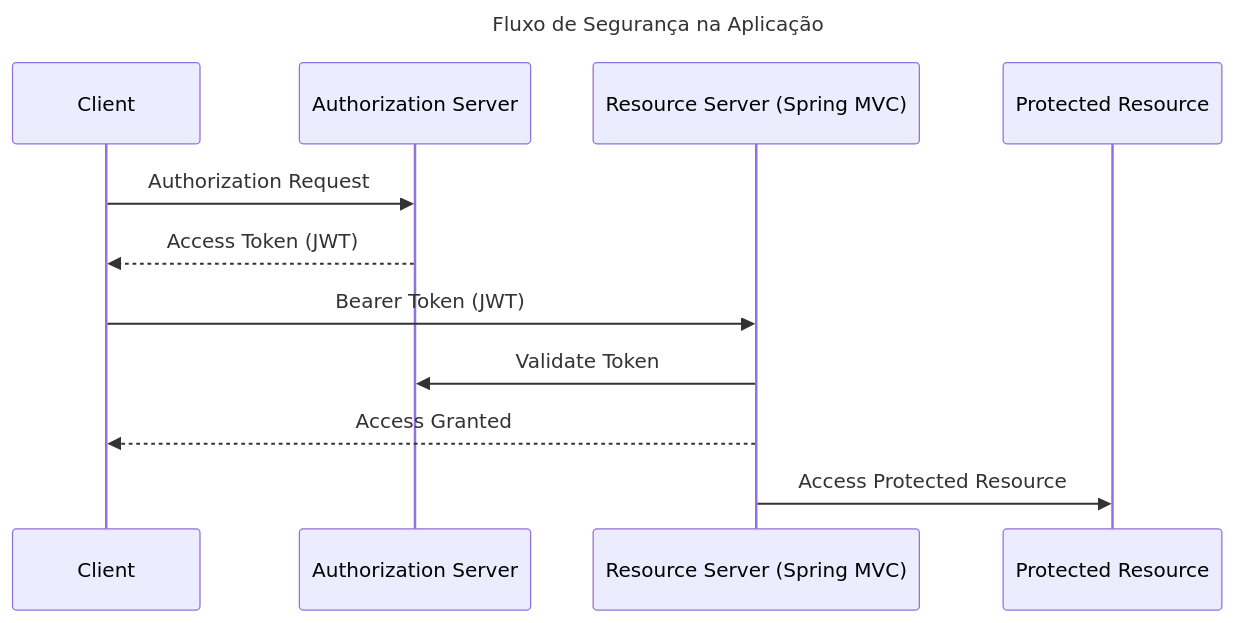
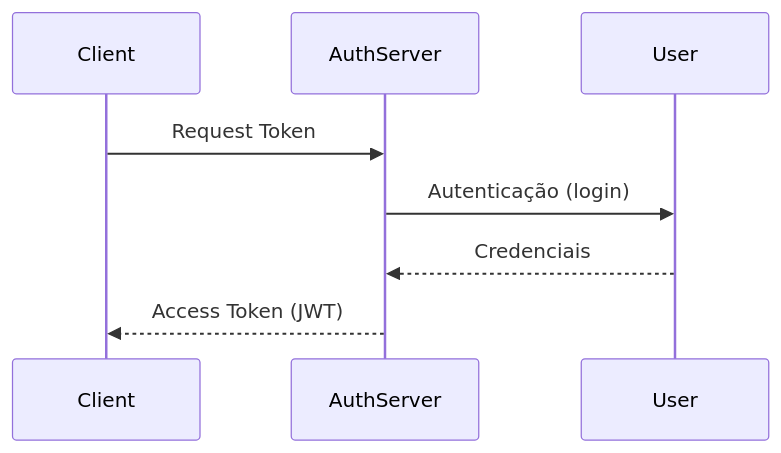
The first of 2 diagrams in spring-7-auth-server/README.md (JuhMaran/spring-boot-4-spring-framewor-7), drawn with Mermaid before and after one commit. The commit also changed other lines of this file and 1 other file, not shown here.

Commit message:
doc: atualiza readme auth-server

````diff
--- a/spring-7-auth-server/README.md
+++ b/spring-7-auth-server/README.md
@@ -310,15 +101,10 @@
 ```mermaid
 sequenceDiagram
-    title Fluxo de Segurança na Aplicação
     participant Client
-    participant AuthorizationServer as Authorization Server
-    participant ResourceServer as Resource Server (Spring MVC)
-    participant Resource as Protected Resource
-    Client ->> AuthorizationServer: Authorization Request
-    AuthorizationServer -->> Client: Access Token (JWT)
-    Client ->> ResourceServer: Bearer Token (JWT)
-    ResourceServer ->> AuthorizationServer: Validate Token
-    ResourceServer -->> Client: Access Granted
-    ResourceServer ->> Resource: Access Protected Resource
-
+    participant AuthServer
+    participant User
+    Client ->> AuthServer: Request Token
+    AuthServer ->> User: Autenticação (login)
+    User -->> AuthServer: Credenciais
+    AuthServer -->> Client: Access Token (JWT)
 ```
````
